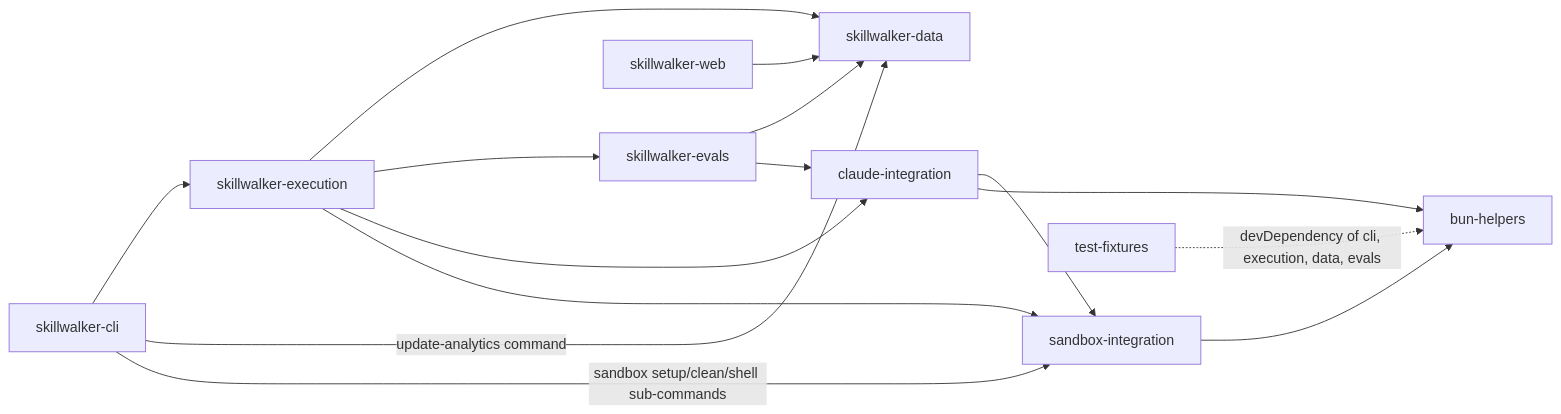
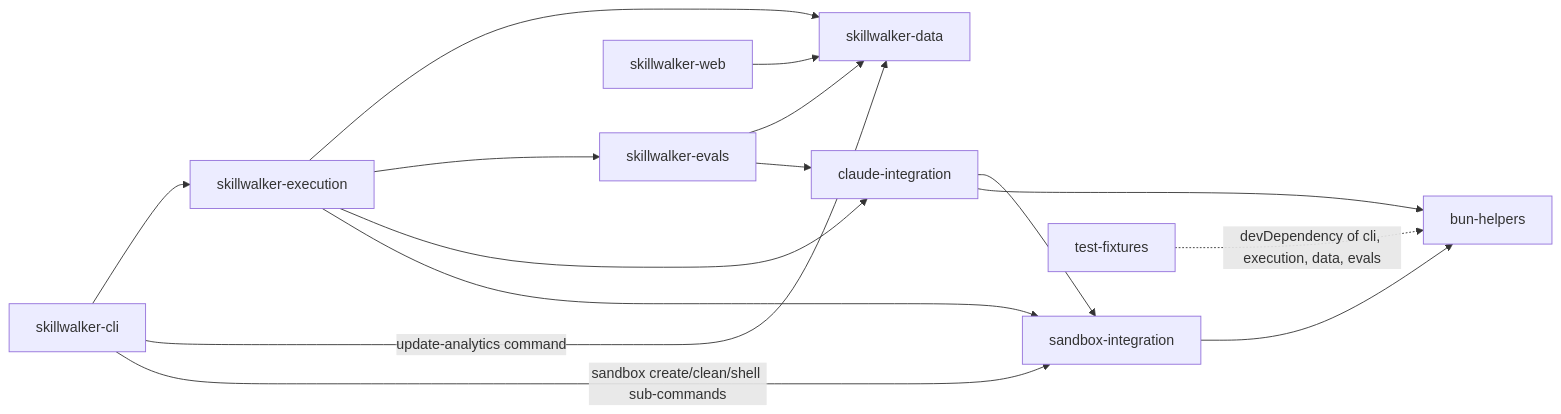
The second of 5 diagrams in docs/skillwalker-architecture.md (testdouble/skills-test-harness), drawn with Mermaid before and after one commit. The commit also changed other lines of this file and 13 other files, not shown here.

Commit message:
feat(cli): rename sandbox setup sub-command to sandbox create

````diff
--- a/docs/skillwalker-architecture.md
+++ b/docs/skillwalker-architecture.md
@@ -67,33 +67,33 @@
 ```mermaid
 flowchart LR
     cli["skillwalker-cli"]
     exec["skillwalker-execution"]
     data["skillwalker-data"]
     evals["skillwalker-evals"]
     claude["claude-integration"]
     sandbox["sandbox-integration"]
     helpers["bun-helpers"]
     web["skillwalker-web"]
     fixtures["test-fixtures"]
 
     cli --> exec
     cli -->|"update-analytics command"| data
-    cli -->|"sandbox setup/clean/shell sub-commands"| sandbox
+    cli -->|"sandbox create/clean/shell sub-commands"| sandbox
 
     exec --> data
     exec --> evals
     exec --> claude
     exec --> sandbox
 
     evals --> data
     evals --> claude
 
     claude --> sandbox
     claude --> helpers
 
     sandbox --> helpers
 
     web --> data
 
     fixtures -.->|"devDependency of cli, execution, data, evals"| helpers
 ```
````
